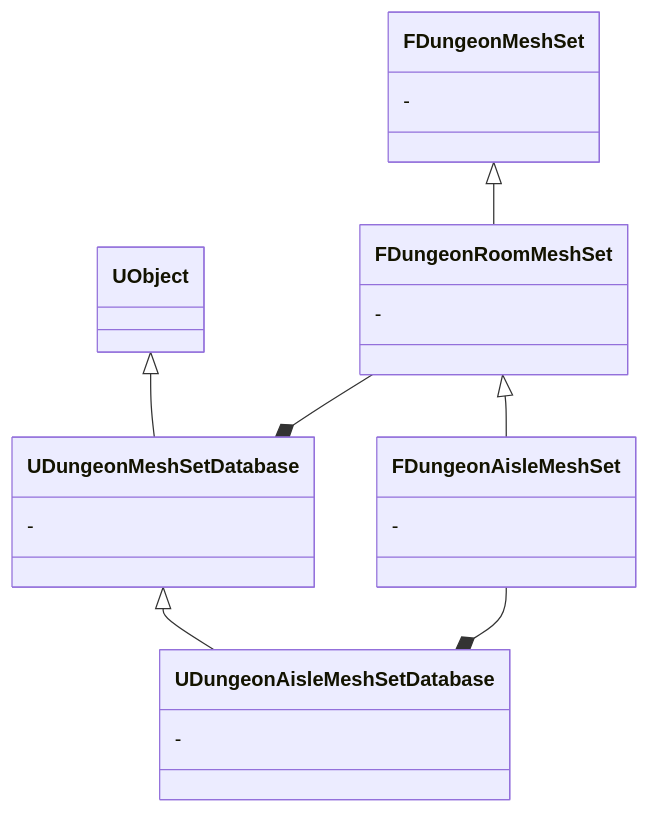
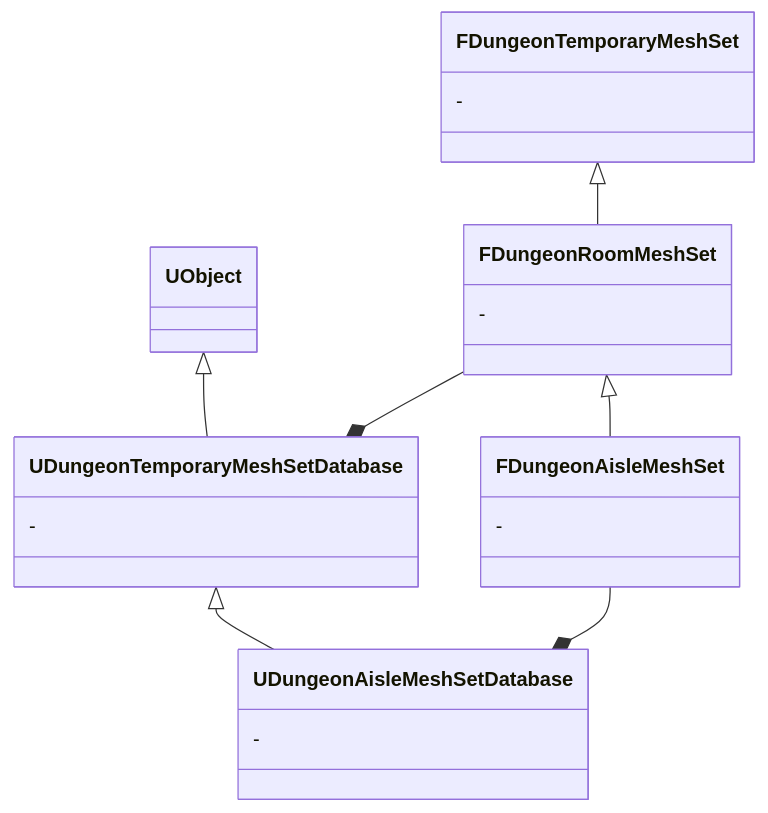
Before and after one commit to shun126/DungeonGenerator: the third of 6 diagrams in Source/DungeonGenerator/Private/README.md, drawn with Mermaid. The commit also changed 34 other files, not shown here.

````diff
--- a/Source/DungeonGenerator/Private/README.md
+++ b/Source/DungeonGenerator/Private/README.md
@@ -62,36 +62,36 @@
 ```mermaid
 classDiagram
 
-class FDungeonMeshSet {
+class FDungeonTemporaryMeshSet {
     -
 }
 
 class FDungeonRoomMeshSet {
     -
 }
 
 class FDungeonAisleMeshSet {
     -
 }
 
-class UDungeonMeshSetDatabase {
+class UDungeonTemporaryMeshSetDatabase {
     -
 }
 
 class UDungeonAisleMeshSetDatabase {
     -
 }
 
 
-FDungeonMeshSet <|-- FDungeonRoomMeshSet
+FDungeonTemporaryMeshSet <|-- FDungeonRoomMeshSet
 FDungeonRoomMeshSet <|-- FDungeonAisleMeshSet
 
-UObject <|-- UDungeonMeshSetDatabase
-UDungeonMeshSetDatabase <|-- UDungeonAisleMeshSetDatabase
-FDungeonRoomMeshSet --* UDungeonMeshSetDatabase
+UObject <|-- UDungeonTemporaryMeshSetDatabase
+UDungeonTemporaryMeshSetDatabase <|-- UDungeonAisleMeshSetDatabase
+FDungeonRoomMeshSet --* UDungeonTemporaryMeshSetDatabase
 FDungeonAisleMeshSet --* UDungeonAisleMeshSetDatabase
 
 
 
 
 ```
````
